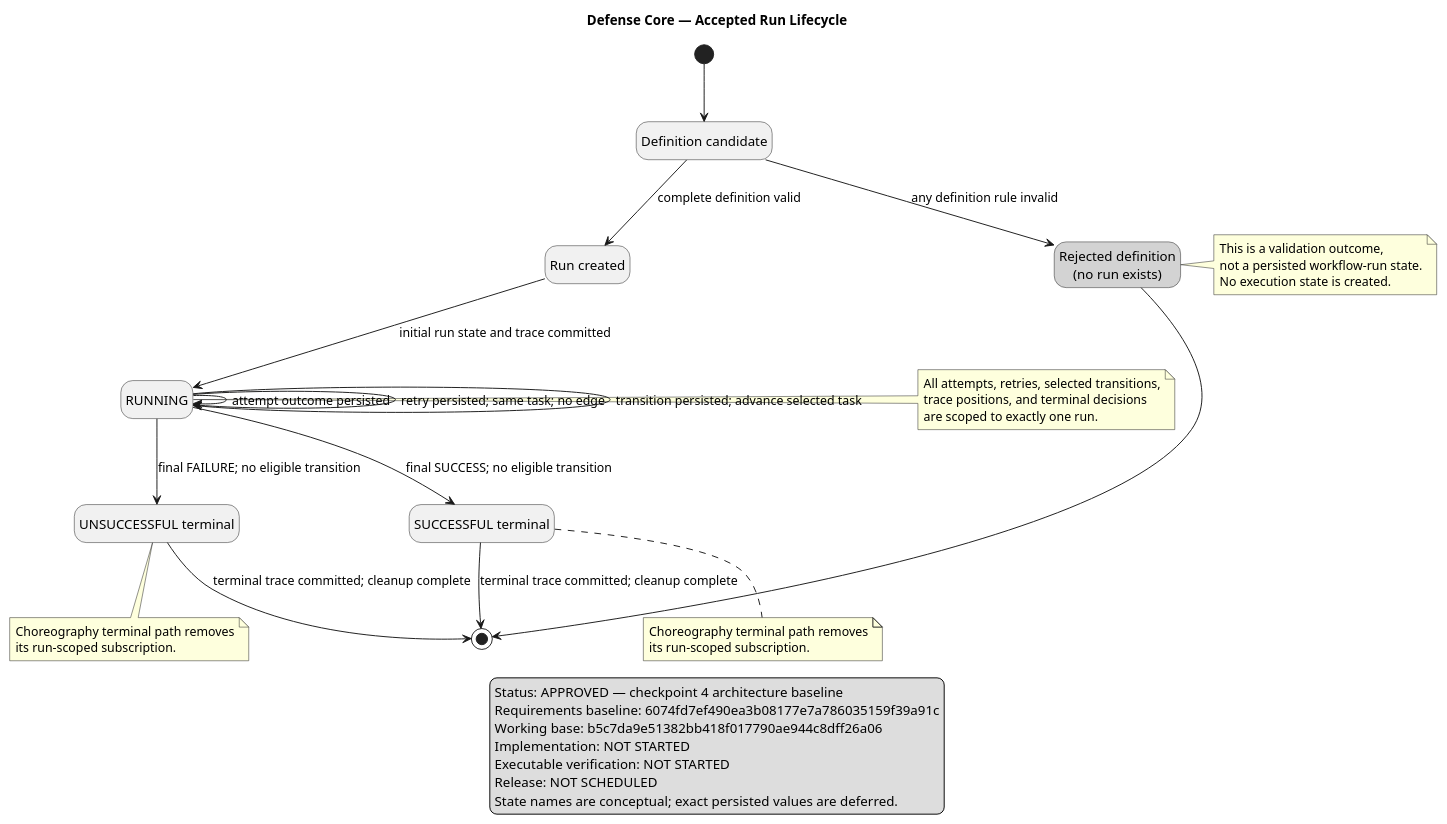
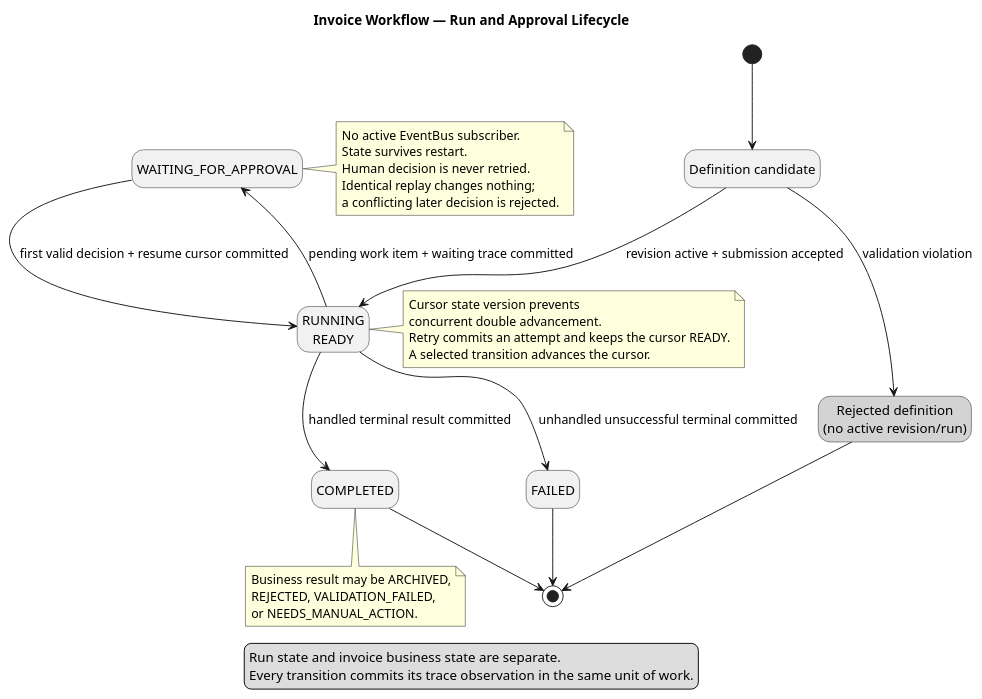
The diagram in docs/architecture/uml/run-state.puml (MAES1102/WMS), drawn with PlantUML before and after one commit. The commit also changed 147 other files, not shown here.

Commit message:
feat: finalize invoice approval reference product

```diff
--- a/docs/architecture/uml/run-state.puml
+++ b/docs/architecture/uml/run-state.puml
@@ -1,60 +1,51 @@
 @startuml
-title Defense Core — Accepted Run Lifecycle
+title Invoice Workflow — Run and Approval Lifecycle
 hide empty description
 skinparam shadowing false
 
 state "Definition candidate" as Candidate
-state "Rejected definition\n(no run exists)" as Rejected #LightGray
-state "Run created" as Created
-state "RUNNING" as Running
-state "SUCCESSFUL terminal" as Successful
-state "UNSUCCESSFUL terminal" as Unsuccessful
+state "Rejected definition\n(no active revision/run)" as Rejected #LightGray
+state "RUNNING\nREADY" as Ready
+state "WAITING_FOR_APPROVAL" as Waiting
+state "COMPLETED" as Completed
+state "FAILED" as Failed
 
 [*] --> Candidate
-Candidate --> Rejected : any definition rule invalid
+Candidate --> Rejected : validation violation
 Rejected --> [*]
+Candidate --> Ready : revision active + submission accepted
 
-Candidate --> Created : complete definition valid
-Created --> Running : initial run state and trace committed
+Ready --> Waiting : pending work item + waiting trace committed
+Waiting --> Ready : first valid decision + resume cursor committed
+Ready --> Completed : handled terminal result committed
+Ready --> Failed : unhandled unsuccessful terminal committed
 
-Running --> Running : attempt outcome persisted
-Running --> Running : retry persisted; same task; no edge
-Running --> Running : transition persisted; advance selected task
-Running --> Successful : final SUCCESS; no eligible transition
-Running --> Unsuccessful : final FAILURE; no eligible transition
+Completed --> [*]
+Failed --> [*]
 
-Successful --> [*] : terminal trace committed; cleanup complete
-Unsuccessful --> [*] : terminal trace committed; cleanup complete
-
-note right of Rejected
-This is a validation outcome,
-not a persisted workflow-run state.
-No execution state is created.
+note right of Waiting
+No active EventBus subscriber.
+State survives restart.
+Human decision is never retried.
+Identical replay changes nothing;
+a conflicting later decision is rejected.
 end note
 
-note right of Running
-All attempts, retries, selected transitions,
-trace positions, and terminal decisions
-are scoped to exactly one run.
+note right of Ready
+Cursor state version prevents
+concurrent double advancement.
+Retry commits an attempt and keeps the cursor READY.
+A selected transition advances the cursor.
 end note
 
-note bottom of Successful
-Choreography terminal path removes
-its run-scoped subscription.
-end note
-
-note bottom of Unsuccessful
-Choreography terminal path removes
-its run-scoped subscription.
+note bottom of Completed
+Business result may be ARCHIVED,
+REJECTED, VALIDATION_FAILED,
+or NEEDS_MANUAL_ACTION.
 end note
 
 legend
-Status: APPROVED — checkpoint 4 architecture baseline
-Requirements baseline: 6074fd7ef490ea3b08177e7a786035159f39a91c
-Working base: b5c7da9e51382bb418f017790ae944c8dff26a06
-Implementation: NOT STARTED
-Executable verification: NOT STARTED
-Release: NOT SCHEDULED
-State names are conceptual; exact persisted values are deferred.
+Run state and invoice business state are separate.
+Every transition commits its trace observation in the same unit of work.
 endlegend
 @enduml
```
